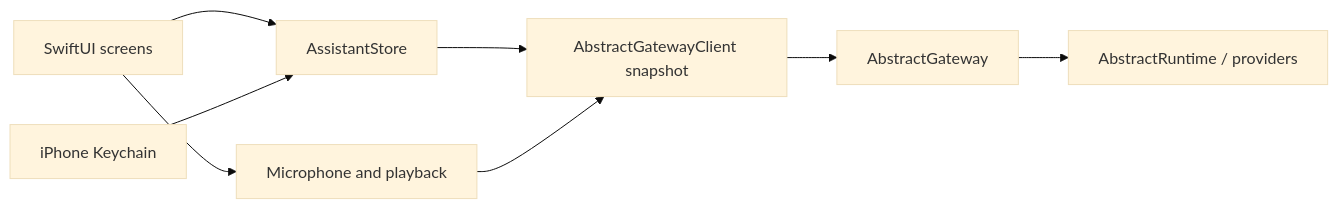
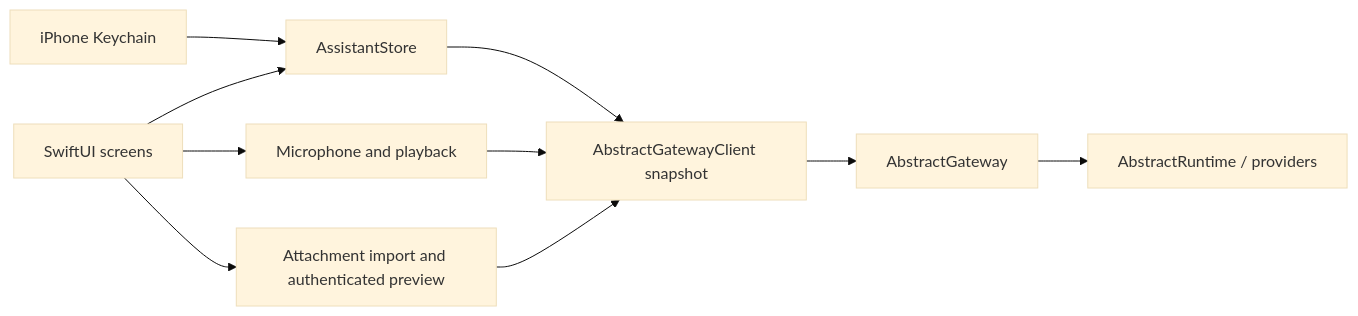
Before and after one commit to lpalbou/AbstractAssistant: the diagram in phone/iphone/docs/architecture.md, drawn with Mermaid (base theme). The commit also changed other lines of this file and 38 other files, not shown here.

````diff
--- a/phone/iphone/docs/architecture.md
+++ b/phone/iphone/docs/architecture.md
@@ -3,10 +3,12 @@
 ```mermaid
 flowchart LR
     Views[SwiftUI screens] --> Store[AssistantStore]
     Views --> Voice[Microphone and playback]
     Vault[iPhone Keychain] --> Store
     Store --> Client[AbstractGatewayClient snapshot]
     Voice --> Client
+    Views --> Files[Attachment import and authenticated preview]
+    Files --> Client
     Client --> Gateway[AbstractGateway]
     Gateway --> Runtime[AbstractRuntime / providers]
 ```
````
